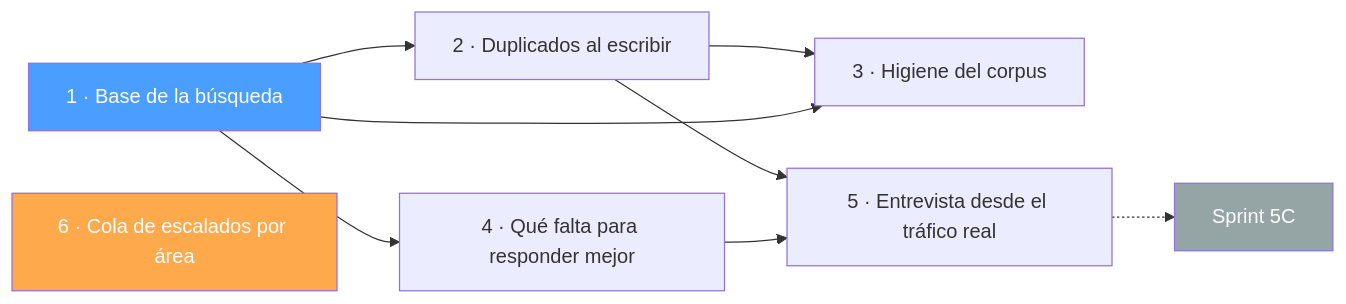
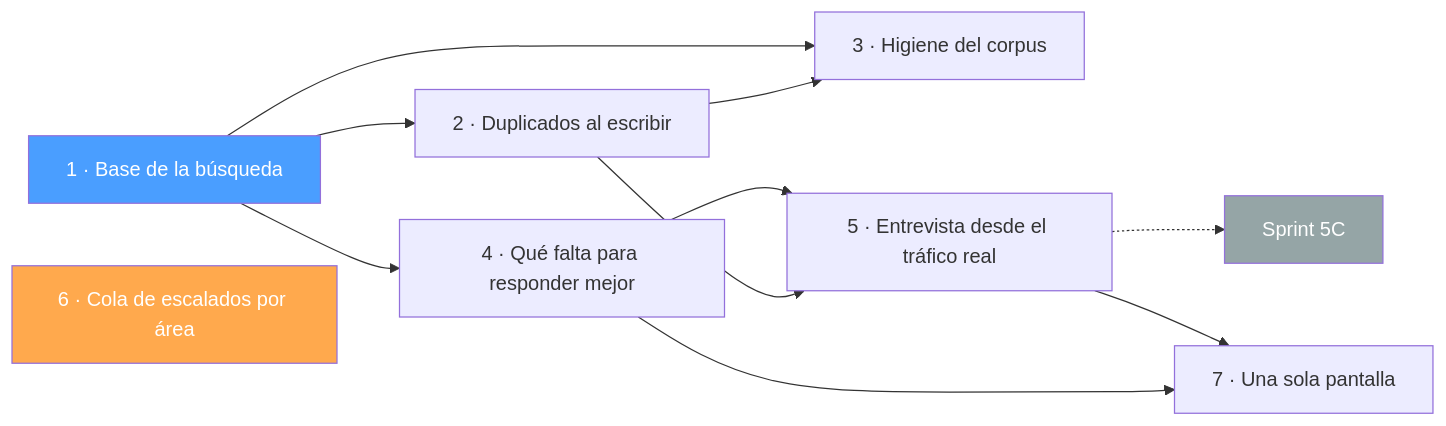
One commit to mauroarmas/TrimIA-Backend changed the diagram in sprints/5B-conocimiento-confiable/README.md. Above: the diagram before and after it, drawn with Mermaid. The commit also changed other lines of this file and 1 other file, not shown here.

First line of the commit message:
docs(sprint-5B): pre-spec 7 — una sola pantalla para mejorar el conocimiento

````diff
--- a/sprints/5B-conocimiento-confiable/README.md
+++ b/sprints/5B-conocimiento-confiable/README.md
@@ -20,14 +21,16 @@
 ```mermaid
 graph LR
     P1["1 · Base de la búsqueda"] --> P2["2 · Duplicados al escribir"]
     P1 --> P4["4 · Qué falta para responder mejor"]
     P2 --> P3["3 · Higiene del corpus"]
     P1 --> P3
     P2 --> P5["5 · Entrevista desde el tráfico real"]
     P4 --> P5
     P5 -.-> S5C["Sprint 5C"]
+    P4 --> P7["7 · Una sola pantalla"]
+    P5 --> P7
     P6["6 · Cola de escalados por área"]
     style P1 fill:#4a9eff,color:white
     style P6 fill:#ffa94d,color:white
     style S5C fill:#95a5a6,color:white
 ```
````
